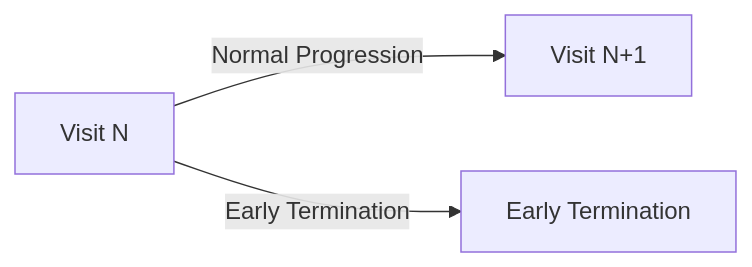
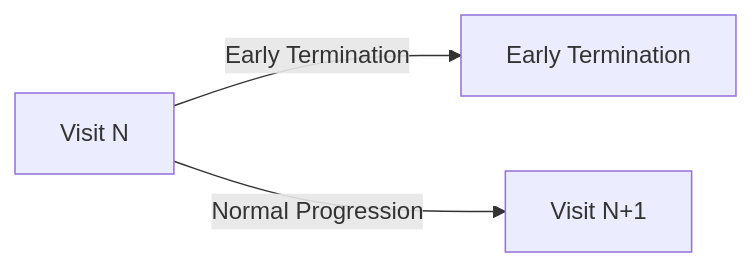
Before and after one commit to HL7/Vulcan-schedule-ig: the diagram in input/pagecontent/dynamic-visit-plans.md, drawn with Mermaid. The commit also changed other lines of this file and 3 other files, not shown here.

````diff
--- a/input/pagecontent/dynamic-visit-plans.md
+++ b/input/pagecontent/dynamic-visit-plans.md
@@ -9,8 +16,8 @@
 ```mermaid
 graph LR;
   VisitN[Visit N]
   VisitNP[Visit N+1]
   VisitET[Early Termination]
+  VisitN--Early Termination-->VisitET
   VisitN--Normal Progression-->VisitNP
-  VisitN--Early Termination-->VisitET
 ```
````
